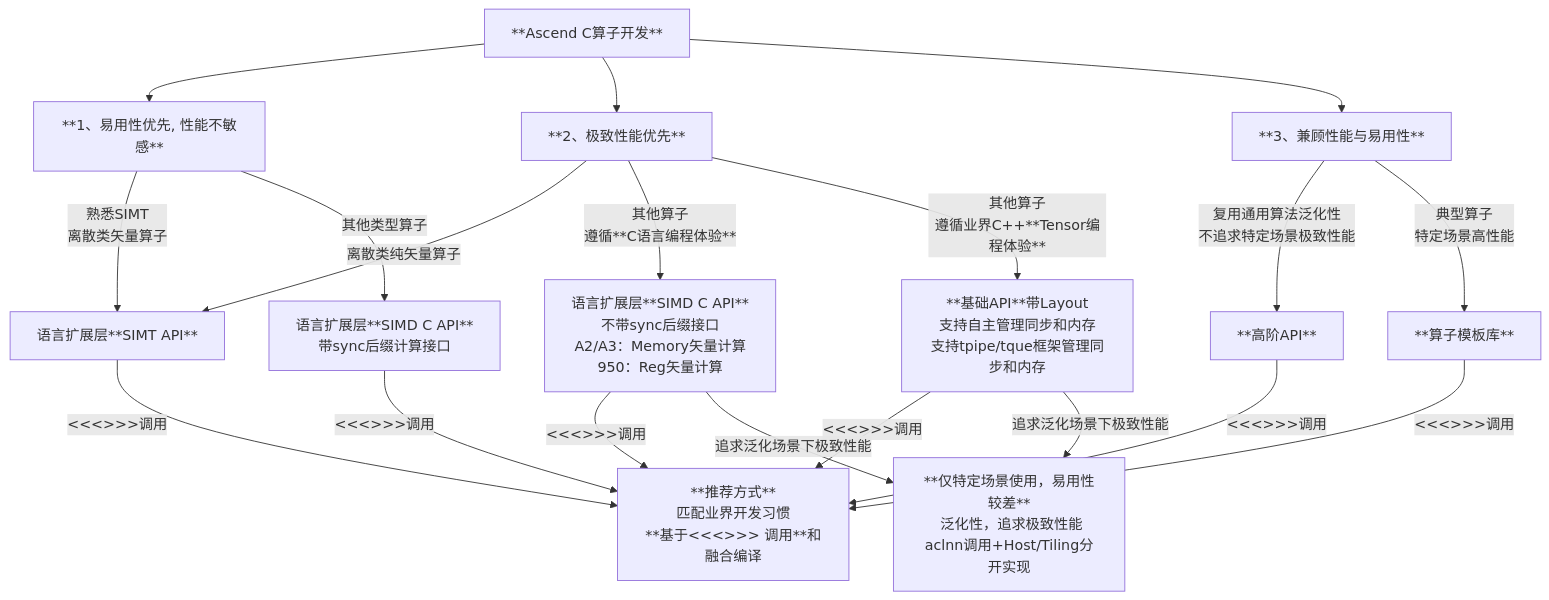
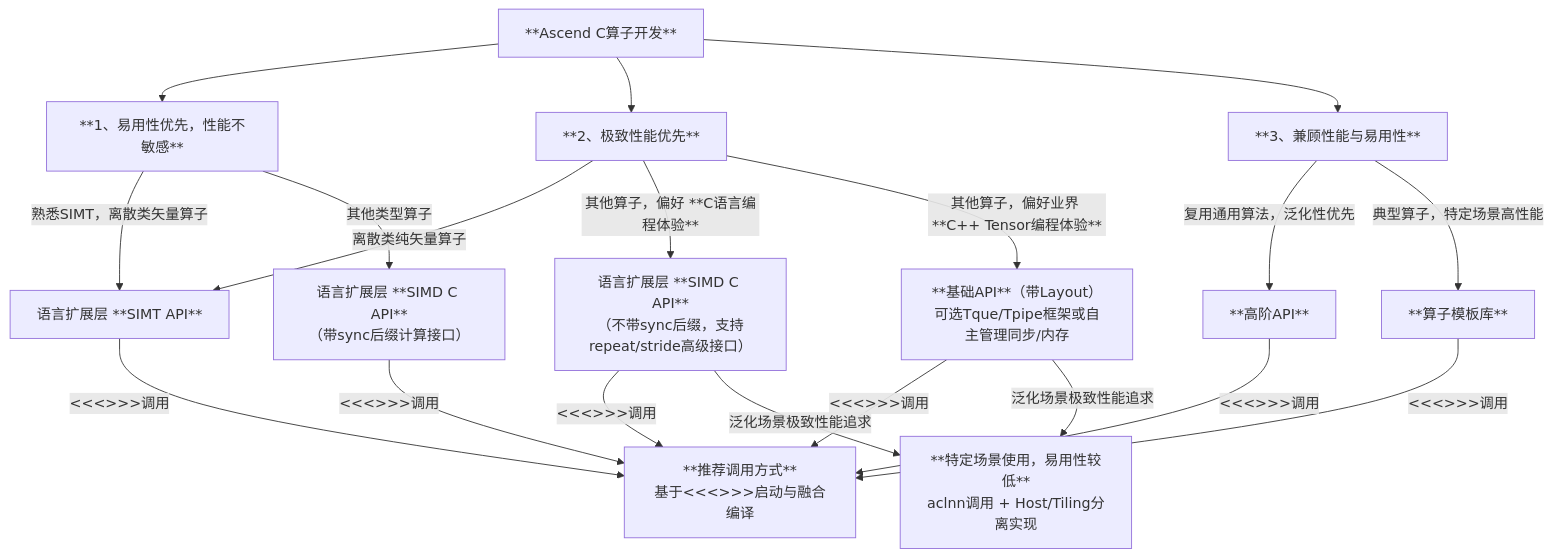
The diagram in docs/asc_how_to_choose_api.md (qingshangyan12/asc-devkit_clone), drawn with Mermaid before and after one commit. The commit also changed other lines of this file, not shown here.

Commit message:
update how to choose asc api guide

````diff
--- a/docs/asc_how_to_choose_api.md
+++ b/docs/asc_how_to_choose_api.md
@@ -102,21 +31,26 @@
 ```mermaid
 graph TD
-    A[**Ascend C算子开发**] --> B[**1、易用性优先, 性能不敏感**]
+    A[**Ascend C算子开发**] --> B[**1、易用性优先，性能不敏感**]
     A --> C[**2、极致性能优先**]
     A --> D[**3、兼顾性能与易用性**]
-    B -->|熟悉SIMT<br/>离散类矢量算子| E[语言扩展层<br/>**SIMT API**]
-    B -->|其他类型算子| F[语言扩展层**SIMD C API**<br/>带sync后缀计算接口]
-    C -->|离散类纯矢量算子| E[语言扩展层**SIMT API**]
-    C -->|其他算子<br/>遵循**C语言编程体验**| P[语言扩展层**SIMD C API**<br/>不带sync后缀接口<br/> A2/A3：Memory矢量计算 <br/> 950：Reg矢量计算]
-    C -->|其他算子<br/>遵循业界C++**Tensor编程体验** | I[**基础API**带Layout<br/>支持自主管理同步和内存<br/>支持tpipe/tque框架管理同步和内存]
-    D -->|复用通用算法泛化性<br/>不追求特定场景极致性能| K[**高阶API**]
-    D -->|典型算子<br/>特定场景高性能| L[**算子模板库**]
-    E --> |<<<>>>调用|M[**推荐方式**<br/>匹配业界开发习惯<br/>**基于<<<>>> 调用**和融合编译]
-    P --> |<<<>>>调用|M
-    F --> |<<<>>>调用|M
-    I --> |<<<>>>调用|M
-    K --> |<<<>>>调用|M
-    L --> |<<<>>>调用|M
-    I --> |追求泛化场景下极致性能|N[**仅特定场景使用，易用性较差**<br/> 泛化性，追求极致性能<br/>aclnn调用+Host/Tiling分开实现]
-    P --> |追求泛化场景下极致性能|N
+    
+    B -->|熟悉SIMT，离散类矢量算子| E[语言扩展层 **SIMT API**]
+    B -->|其他类型算子| F[语言扩展层 **SIMD C API**<br>（带sync后缀计算接口）]
+    
+    C -->|离散类纯矢量算子| E
+    C -->|其他算子，偏好 **C语言编程体验**| P[语言扩展层 **SIMD C API**<br>（不带sync后缀，支持repeat/stride高级接口）]
+    C -->|其他算子，偏好业界 **C++ Tensor编程体验**| I[**基础API**（带Layout）<br>可选Tque/Tpipe框架或自主管理同步/内存]
+    
+    D -->|复用通用算法，泛化性优先| K[**高阶API**]
+    D -->|典型算子，特定场景高性能| L[**算子模板库**]
+    
+    E --> |<<<>>>调用| M[**推荐调用方式**<br>基于<<<>>>启动与融合编译]
+    P --> |<<<>>>调用| M
+    F --> |<<<>>>调用| M
+    I --> |<<<>>>调用| M
+    K --> |<<<>>>调用| M
+    L --> |<<<>>>调用| M
+    
+    I --> |泛化场景极致性能追求| N[**特定场景使用，易用性较低**<br>aclnn调用 + Host/Tiling分离实现]
+    P --> |泛化场景极致性能追求| N
 ```
````
